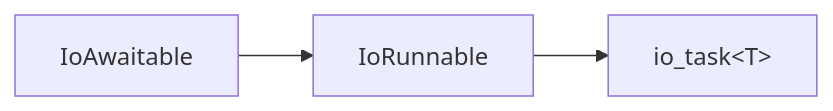
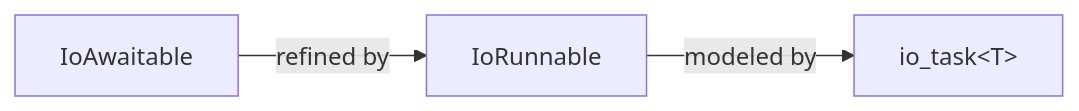
The first of 3 diagrams in source/d4003-coroutine-io.md (gregjkal/wg21-papers), drawn with Mermaid before and after one commit. The commit also changed other lines of this file and 14 other files, not shown here.

````diff
--- a/source/d4003-coroutine-io.md
+++ b/source/d4003-coroutine-io.md
@@ -106,4 +106,4 @@
 ```mermaid
 flowchart LR
-    IoAwaitable["IoAwaitable"] --> IoRunnable["IoRunnable"] --> task["io_task&lt;T&gt;"]
+    IoAwaitable["IoAwaitable"] -- refined by --> IoRunnable["IoRunnable"] -- modeled by --> task["io_task&lt;T&gt;"]
 ```
````
